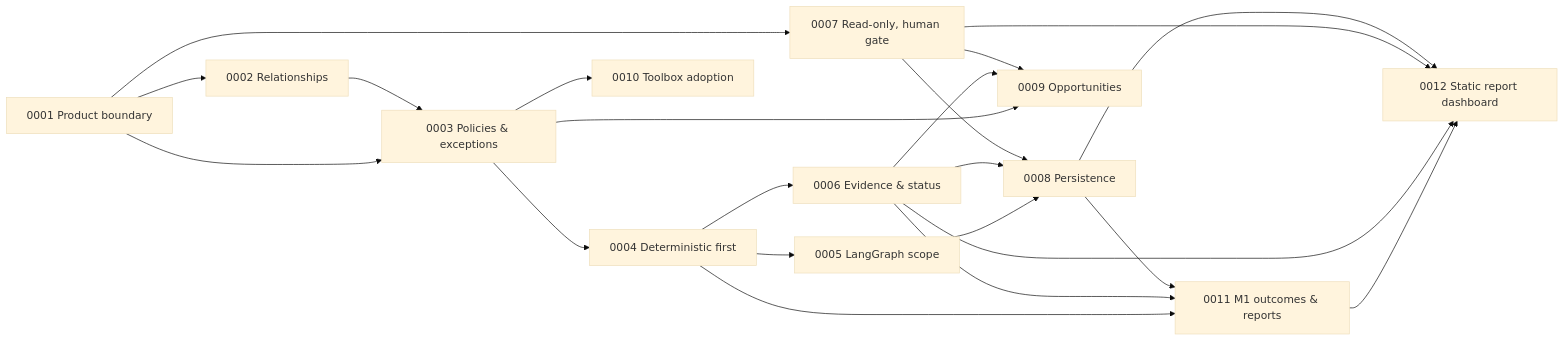
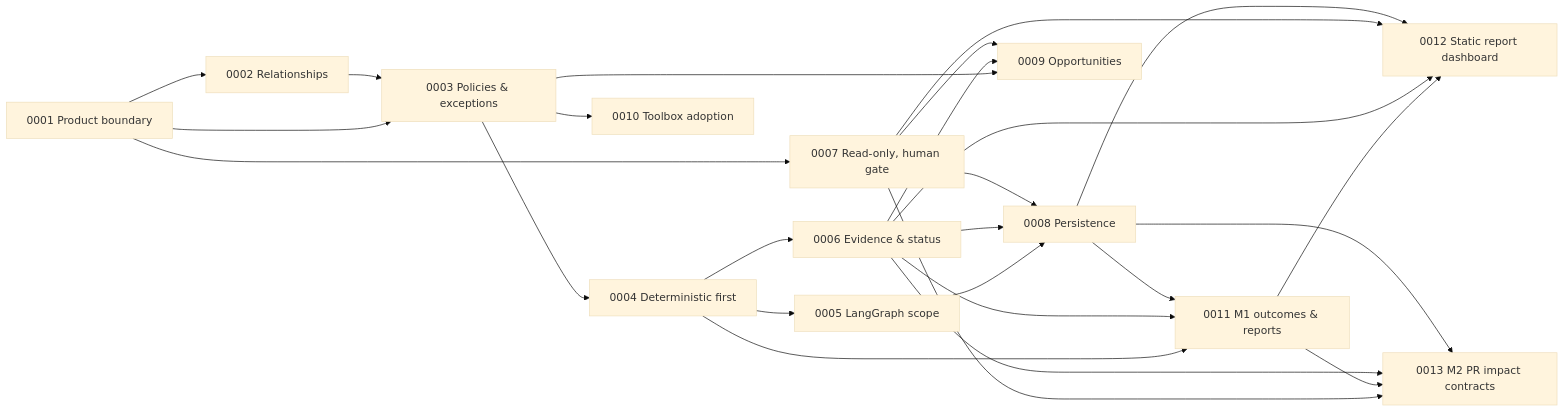
One commit to koydas/repo-orchestrator changed the diagram in docs/adr/README.md. Above: the diagram before and after it, drawn with Mermaid (base theme). The commit also changed other lines of this file and 98 other files, not shown here.

````diff
--- a/docs/adr/README.md
+++ b/docs/adr/README.md
@@ -26,24 +27,28 @@
 ```mermaid
 flowchart LR
     A1["0001 Product boundary"] --> A2["0002 Relationships"]
     A1 --> A3["0003 Policies & exceptions"]
     A2 --> A3
     A3 --> A4["0004 Deterministic first"]
     A4 --> A5["0005 LangGraph scope"]
     A4 --> A6["0006 Evidence & status"]
     A1 --> A7["0007 Read-only, human gate"]
     A5 --> A8["0008 Persistence"]
     A6 --> A8
     A7 --> A8
     A3 --> A9["0009 Opportunities"]
     A6 --> A9
     A7 --> A9
     A3 --> A10["0010 Toolbox adoption"]
     A4 --> A11["0011 M1 outcomes & reports"]
     A6 --> A11
     A8 --> A11
     A11 --> A12["0012 Static report dashboard"]
     A6 --> A12
     A7 --> A12
     A8 --> A12
+    A7 --> A13["0013 M2 PR impact contracts"]
+    A11 --> A13
+    A6 --> A13
+    A8 --> A13
 ```
````
